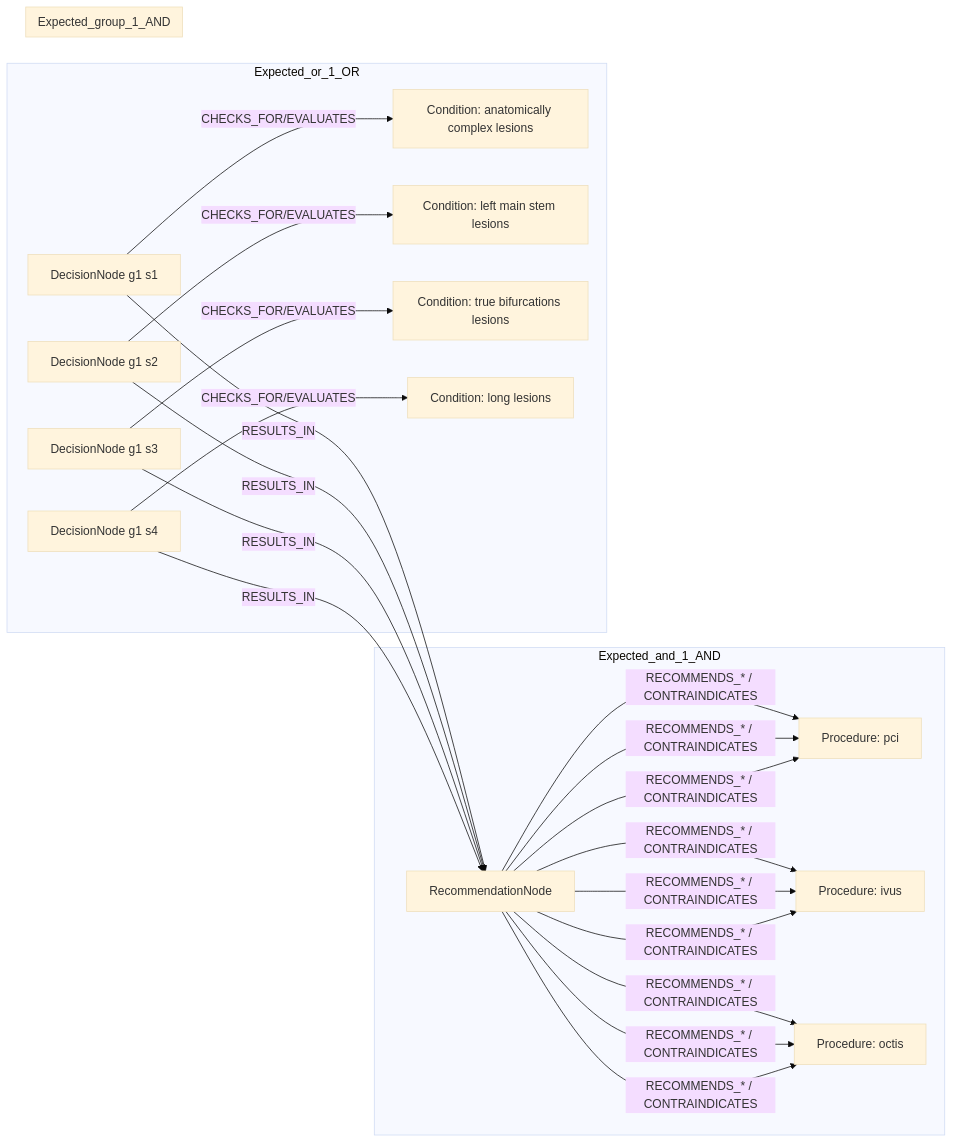
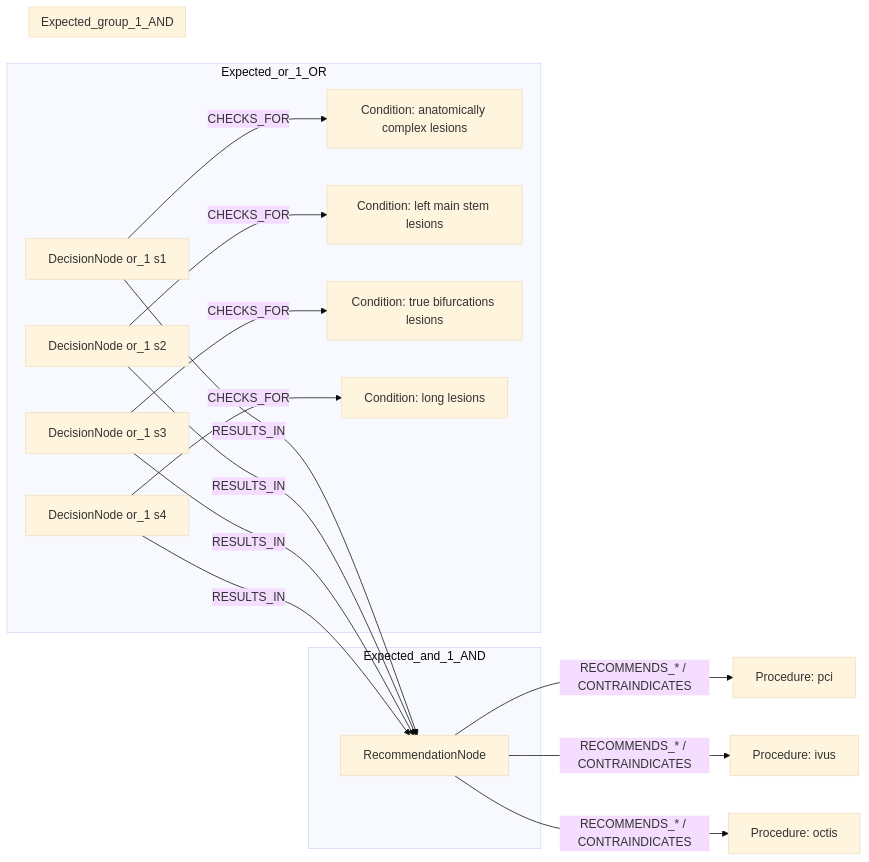
One commit to dieterich-lab/CardioGuidelinesGraph changed the first of 2 diagrams in docs/table22_rows/row_16.md. Above: the diagram before and after it, drawn with Mermaid (base theme). The commit also changed other lines of this file and 18 other files, not shown here.

Commit message:
Update mermaid diagrams.

````diff
--- a/docs/table22_rows/row_16.md
+++ b/docs/table22_rows/row_16.md
@@ -178,48 +178,34 @@
 ```mermaid
 graph LR
+  REC[RecommendationNode]
+  ACT1[Procedure: pci]
+  REC -->|RECOMMENDS_* / CONTRAINDICATES| ACT1
+  ACT2[Procedure: ivus]
+  REC -->|RECOMMENDS_* / CONTRAINDICATES| ACT2
+  ACT3[Procedure: octis]
+  REC -->|RECOMMENDS_* / CONTRAINDICATES| ACT3
   subgraph Expected_and_1_AND
-    REC[RecommendationNode]
     REC
-    ACT1[Procedure: pci]
-    REC -->|RECOMMENDS_* / CONTRAINDICATES| ACT1
-    ACT2[Procedure: ivus]
-    REC -->|RECOMMENDS_* / CONTRAINDICATES| ACT2
-    ACT3[Procedure: octis]
-    REC -->|RECOMMENDS_* / CONTRAINDICATES| ACT3
   end
   subgraph Expected_or_1_OR
-    REC[RecommendationNode]
-    D1[DecisionNode g1 s1]
-    C1[Condition: anatomically complex lesions]
-    D1 -->|CHECKS_FOR/EVALUATES| C1
-    D2[DecisionNode g1 s2]
-    C2[Condition: left main stem lesions]
-    D2 -->|CHECKS_FOR/EVALUATES| C2
-    D3[DecisionNode g1 s3]
-    C3[Condition: true bifurcations lesions]
-    D3 -->|CHECKS_FOR/EVALUATES| C3
-    D4[DecisionNode g1 s4]
-    C4[Condition: long lesions]
-    D4 -->|CHECKS_FOR/EVALUATES| C4
-    D1 -->|RESULTS_IN| REC
-    D2 -->|RESULTS_IN| REC
-    D3 -->|RESULTS_IN| REC
-    D4 -->|RESULTS_IN| REC
-    ACT1[Procedure: pci]
-    REC -->|RECOMMENDS_* / CONTRAINDICATES| ACT1
-    ACT2[Procedure: ivus]
-    REC -->|RECOMMENDS_* / CONTRAINDICATES| ACT2
-    ACT3[Procedure: octis]
-    REC -->|RECOMMENDS_* / CONTRAINDICATES| ACT3
+    D_or_1_1[DecisionNode or_1 s1]
+    C_or_1_1[Condition: anatomically complex lesions]
+    D_or_1_1 -->|CHECKS_FOR| C_or_1_1
+    D_or_1_2[DecisionNode or_1 s2]
+    C_or_1_2[Condition: left main stem lesions]
+    D_or_1_2 -->|CHECKS_FOR| C_or_1_2
+    D_or_1_3[DecisionNode or_1 s3]
+    C_or_1_3[Condition: true bifurcations lesions]
+    D_or_1_3 -->|CHECKS_FOR| C_or_1_3
+    D_or_1_4[DecisionNode or_1 s4]
+    C_or_1_4[Condition: long lesions]
+    D_or_1_4 -->|CHECKS_FOR| C_or_1_4
   end
   subgraph Expected_group_1_AND
-    REC[RecommendationNode]
     REC
-    ACT1[Procedure: pci]
-    REC -->|RECOMMENDS_* / CONTRAINDICATES| ACT1
-    ACT2[Procedure: ivus]
-    REC -->|RECOMMENDS_* / CONTRAINDICATES| ACT2
-    ACT3[Procedure: octis]
-    REC -->|RECOMMENDS_* / CONTRAINDICATES| ACT3
   end
+  D_or_1_1 -->|RESULTS_IN| REC
+  D_or_1_2 -->|RESULTS_IN| REC
+  D_or_1_3 -->|RESULTS_IN| REC
+  D_or_1_4 -->|RESULTS_IN| REC
 ```
````
